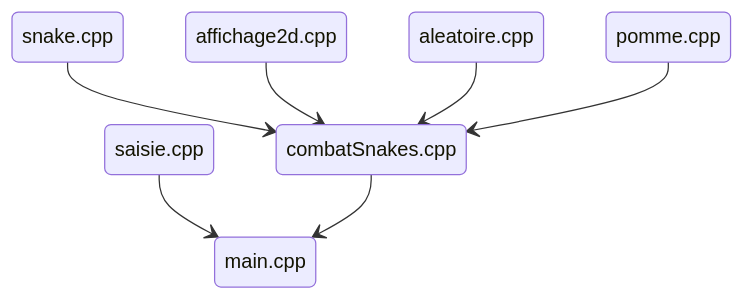
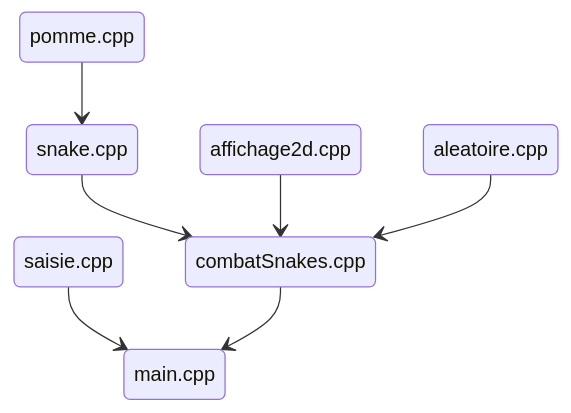
Before and after one commit to Balkghar/08_Snake: the diagram in README.md, drawn with Mermaid.

````diff
--- a/README.md
+++ b/README.md
@@ -32,9 +32,9 @@
  ```mermaid
  stateDiagram
      saisie.cpp --> main.cpp
      combatSnakes.cpp --> main.cpp
      snake.cpp --> combatSnakes.cpp
      affichage2d.cpp --> combatSnakes.cpp
      aleatoire.cpp --> combatSnakes.cpp
-     pomme.cpp --> combatSnakes.cpp
+     pomme.cpp --> snake.cpp
  ```
````
